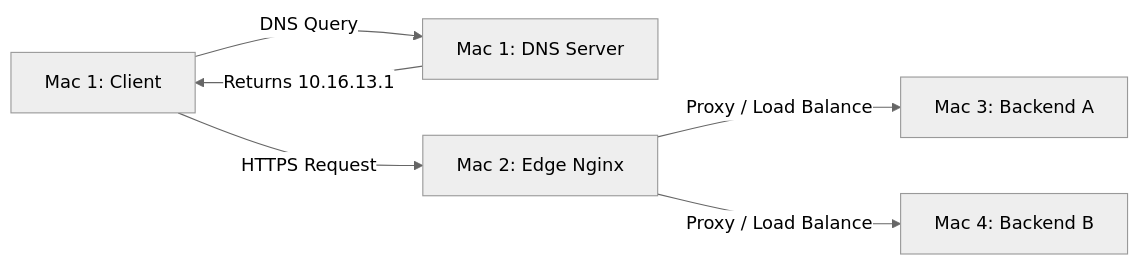
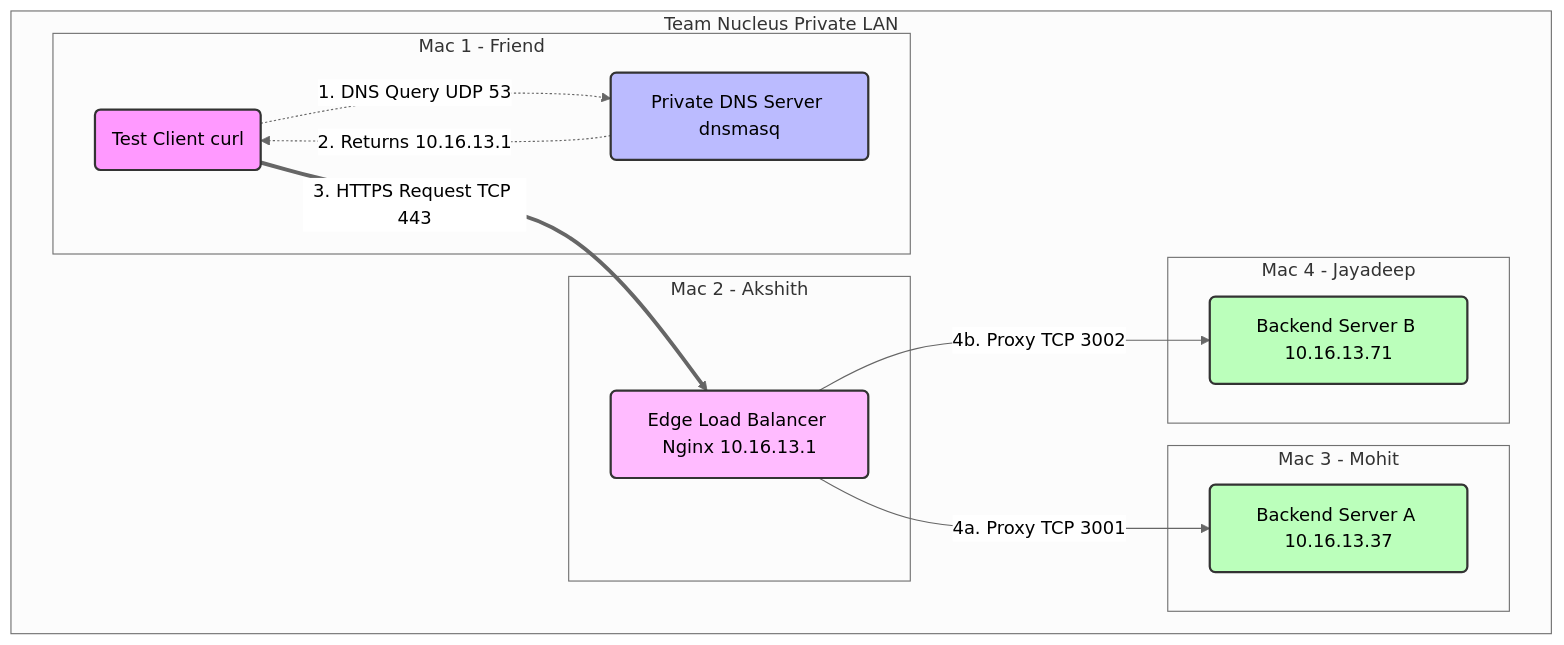
The first of 2 diagrams in docs/Architecture_Document.md (Akshith17323/Computer_Networks_Project), drawn with Mermaid (neutral theme) before and after one commit.

Commit message:
docs: update network topology diagram with detailed multi-node architecture and styling

````diff
--- a/docs/Architecture_Document.md
+++ b/docs/Architecture_Document.md
@@ -13,8 +13,38 @@
 ```mermaid
-graph LR
-    Client1[Mac 1: Client] -->|DNS Query| DNS[Mac 1: DNS Server]
-    DNS -->|Returns 10.16.13.1| Client1
-    Client1 -->|HTTPS Request| Edge[Mac 2: Edge Nginx]
-    Edge -->|Proxy / Load Balance| BackendA[Mac 3: Backend A]
-    Edge -->|Proxy / Load Balance| BackendB[Mac 4: Backend B]
+flowchart LR
+    %% Styles
+    classDef client fill:#f9f,stroke:#333,stroke-width:2px;
+    classDef dns fill:#bbf,stroke:#333,stroke-width:2px;
+    classDef proxy fill:#fbf,stroke:#333,stroke-width:2px;
+    classDef backend fill:#bfb,stroke:#333,stroke-width:2px;
+
+    subgraph LAN [Team Nucleus Private LAN]
+        direction LR
+        
+        subgraph Mac1 [Mac 1 - Friend]
+            Client(Test Client curl):::client
+            DNS(Private DNS Server dnsmasq):::dns
+        end
+
+        subgraph Mac2 [Mac 2 - Akshith]
+            Edge(Edge Load Balancer Nginx 10.16.13.1):::proxy
+        end
+
+        subgraph Mac3 [Mac 3 - Mohit]
+            BackendA(Backend Server A 10.16.13.37):::backend
+        end
+
+        subgraph Mac4 [Mac 4 - Jayadeep]
+            BackendB(Backend Server B 10.16.13.71):::backend
+        end
+
+        %% Connections
+        Client -.->|1. DNS Query UDP 53| DNS
+        DNS -.->|2. Returns 10.16.13.1| Client
+        
+        Client == 3. HTTPS Request TCP 443 ==> Edge
+        
+        Edge -->|4a. Proxy TCP 3001| BackendA
+        Edge -->|4b. Proxy TCP 3002| BackendB
+    end
 ```
````
